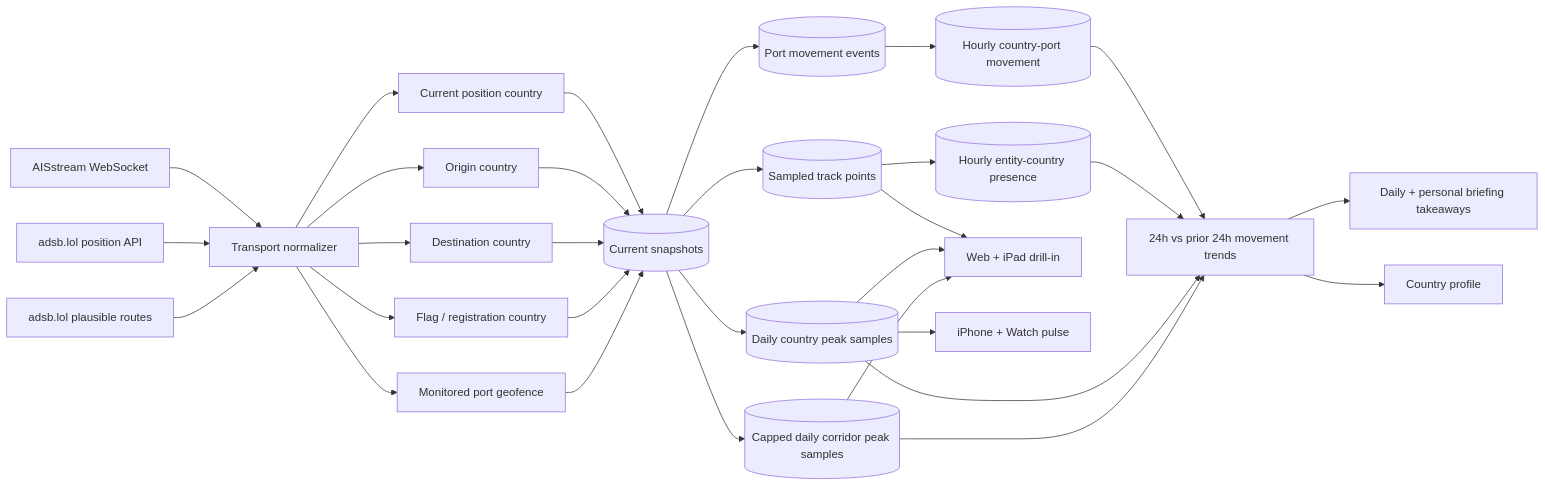
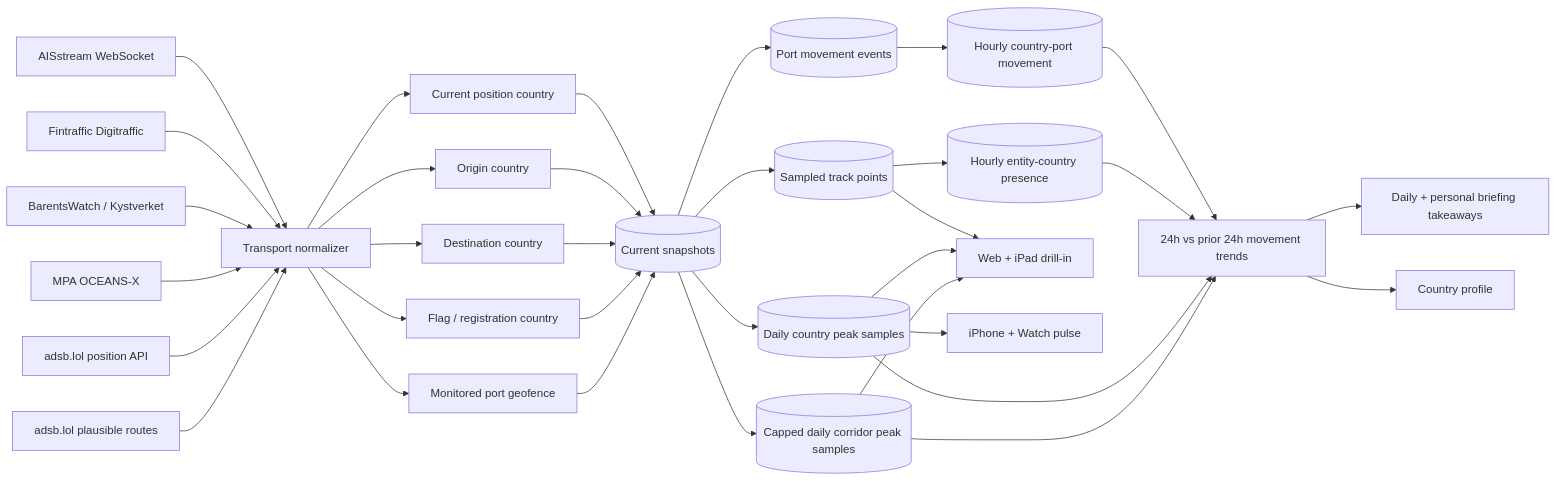
One commit to eojgroup/claritas changed the diagram in docs/transport-intelligence.md. Above: the diagram before and after it, drawn with Mermaid. The commit also changed other lines of this file and 23 other files, not shown here.

````diff
--- a/docs/transport-intelligence.md
+++ b/docs/transport-intelligence.md
@@ -7,32 +7,35 @@
 ```mermaid
 flowchart LR
   AIS[AISstream WebSocket] --> Normalize[Transport normalizer]
+  Digitraffic[Fintraffic Digitraffic] --> Normalize
+  Norway[BarentsWatch / Kystverket] --> Normalize
+  Singapore[MPA OCEANS-X] --> Normalize
   ADSB[adsb.lol position API] --> Normalize
   ADSBRoute[adsb.lol plausible routes] --> Normalize
   Normalize --> Position[Current position country]
   Normalize --> Origin[Origin country]
   Normalize --> Destination[Destination country]
   Normalize --> Flag[Flag / registration country]
   Normalize --> Port[Monitored port geofence]
   Position --> Snapshot[(Current snapshots)]
   Origin --> Snapshot
   Destination --> Snapshot
   Flag --> Snapshot
   Port --> Snapshot
   Snapshot --> Trail[(Sampled track points)]
   Snapshot --> Event[(Port movement events)]
   Trail --> Presence[(Hourly entity-country presence)]
   Snapshot --> DailyCountry[(Daily country peak samples)]
   Snapshot --> DailyCorridor[(Capped daily corridor peak samples)]
   Event --> MovementHour[(Hourly country-port movement)]
   MovementHour --> Trend[24h vs prior 24h movement trends]
   Presence --> Trend
   DailyCountry --> Trend
   DailyCorridor --> Trend
   Trend --> Briefing[Daily + personal briefing takeaways]
   Trend --> Profile[Country profile]
   Trail --> Full[Web + iPad drill-in]
   DailyCountry --> Full
   DailyCorridor --> Full
   DailyCountry --> Compact[iPhone + Watch pulse]
 ```
````
